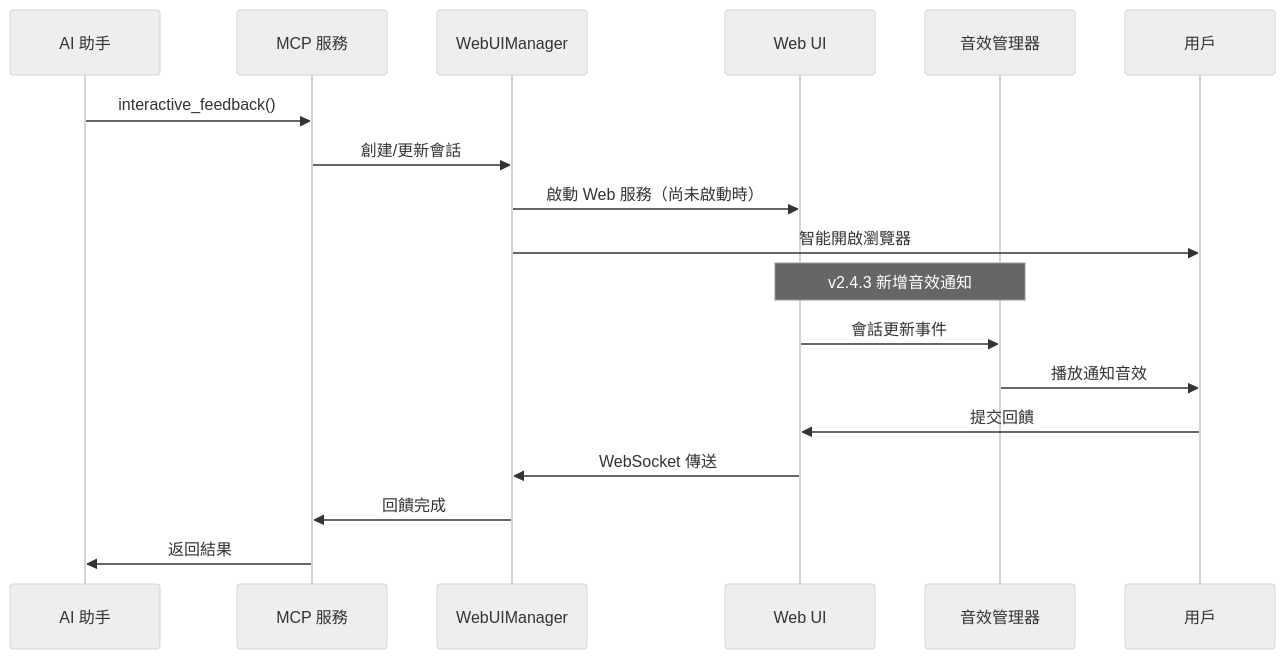
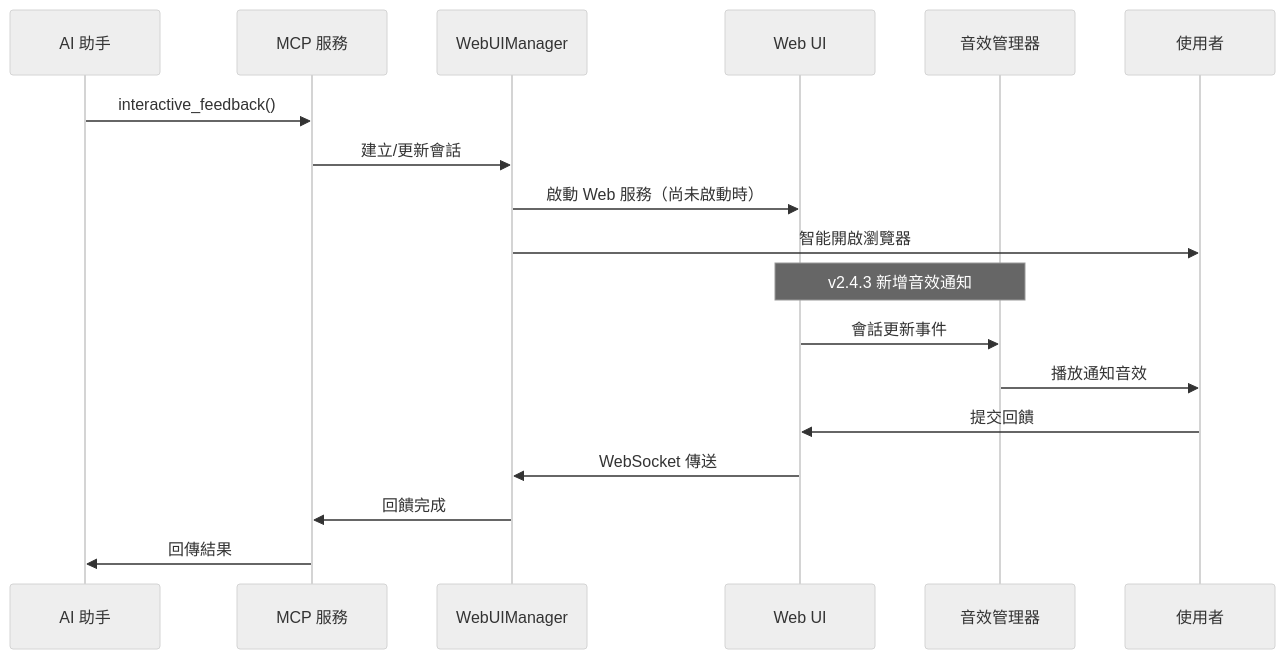
One commit to CloudEngineHub/mcp-feedback-enhanced changed the seventh of 8 diagrams in docs/architecture/system-overview.md. Above: the diagram before and after it, drawn with Mermaid (neutral theme). The commit also changed other lines of this file, not shown here.

````diff
--- a/docs/architecture/system-overview.md
+++ b/docs/architecture/system-overview.md
@@ -466,23 +466,23 @@
 ```mermaid
 sequenceDiagram
     participant AI as AI 助手
     participant MCP as MCP 服務
     participant WM as WebUIManager
     participant UI as Web UI
     participant AUDIO as 音效管理器
-    participant User as 用戶
+    participant User as 使用者
 
     AI->>MCP: interactive_feedback()
-    MCP->>WM: 創建/更新會話
+    MCP->>WM: 建立/更新會話
     WM->>UI: 啟動 Web 服務（尚未啟動時）
     WM->>User: 智能開啟瀏覽器
 
     Note over UI,AUDIO: v2.4.3 新增音效通知
     UI->>AUDIO: 會話更新事件
     AUDIO->>User: 播放通知音效
 
     User->>UI: 提交回饋
     UI->>WM: WebSocket 傳送
     WM->>MCP: 回饋完成
-    MCP->>AI: 返回結果
+    MCP->>AI: 回傳結果
 ```
````
